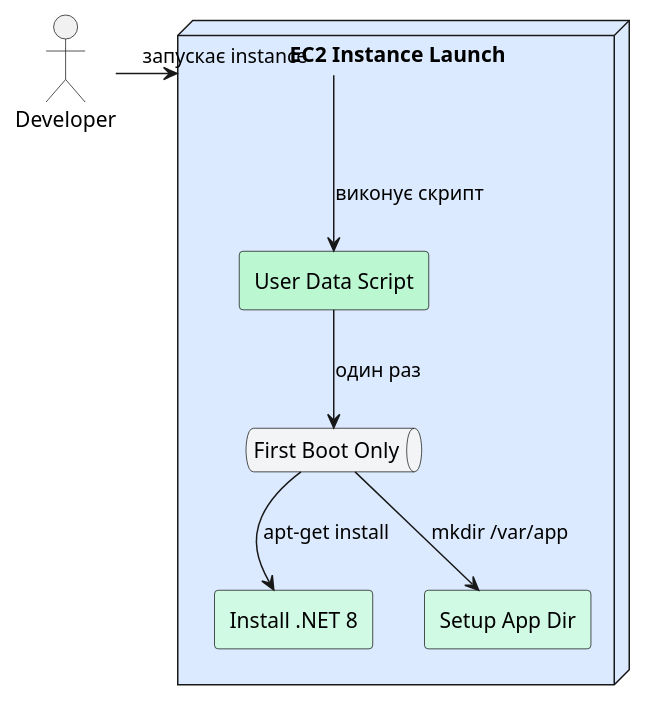
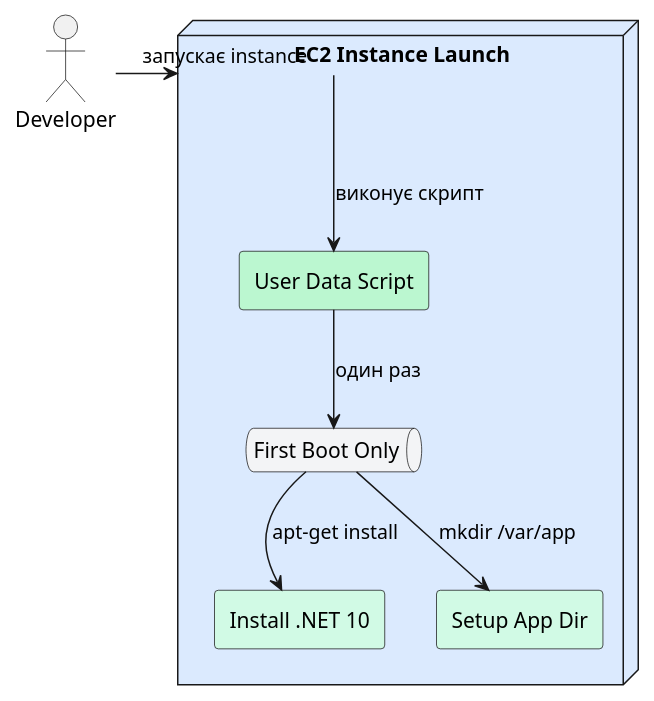
One commit to UTUBMIR/kostyl.dev changed the tenth of 13 diagrams in content/13.aws/04.ec2.md. Above: the diagram before and after it, drawn with PlantUML. The commit also changed other lines of this file, not shown here.

Commit message:
docs: update EC2 guide for .NET 10 and Ubuntu 26.04 compatibility

````diff
--- a/content/13.aws/04.ec2.md
+++ b/content/13.aws/04.ec2.md
@@ -796,20 +794,20 @@
 ```plantuml
 @startuml
 skinparam style plain
 skinparam backgroundColor #ffffff
 
 actor "Developer" as Dev
 node "EC2 Instance Launch" as LAUNCH #dbeafe {
     rectangle "User Data Script" as UD #bbf7d0
     queue "First Boot Only" as BOOT #f3f4f6
-    rectangle "Install .NET 8" as DOTNET #d1fae5
+    rectangle "Install .NET 10" as DOTNET #d1fae5
     rectangle "Setup App Dir" as DIR #d1fae5
 }
 
 Dev -right-> LAUNCH : запускає instance
 LAUNCH -down-> UD : виконує скрипт
 UD -down-> BOOT : один раз
 BOOT -down-> DOTNET : apt-get install
 BOOT -down-> DIR : mkdir /var/app
 @enduml
 ```
````
